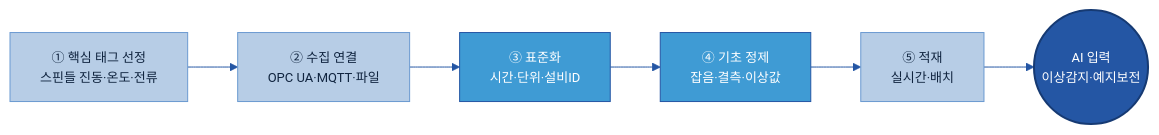
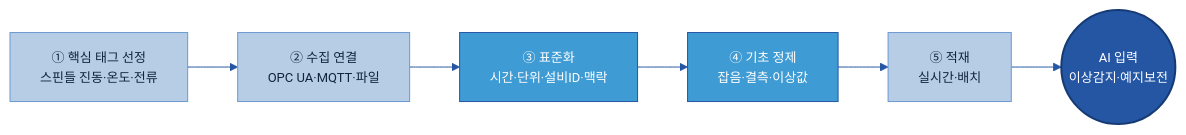
The sixth of 10 diagrams in 가이드 작성/D-1 Physical 데이터/D-1 Physical 데이터.md (jin-kearney/ai-ready-data-manual), drawn with Mermaid before and after one commit. The commit also changed other lines of this file and 2 other files, not shown here.

````diff
--- a/가이드 작성/D-1 Physical 데이터/D-1 Physical 데이터.md
+++ b/가이드 작성/D-1 Physical 데이터/D-1 Physical 데이터.md
@@ -343,14 +392,14 @@
 ```mermaid
 %%{init: {'theme':'base','themeVariables':{'primaryColor':'#DCE8F5','primaryBorderColor':'#2456A4','primaryTextColor':'#10243f','lineColor':'#2456A4','fontSize':'13px'}}}%%
 flowchart LR
     S1["① 핵심 태그 선정<br/>스핀들 진동·온도·전류"]:::n
     S2["② 수집 연결<br/>OPC UA·MQTT·파일"]:::n
-    S3["③ 표준화<br/>시간·단위·설비ID"]:::gate
+    S3["③ 표준화<br/>시간·단위·설비ID·맥락"]:::gate
     S4["④ 기초 정제<br/>잡음·결측·이상값"]:::gate
     S5["⑤ 적재<br/>실시간·배치"]:::n
     AI(("AI 입력<br/>이상감지·예지보전")):::cat
     S1 --> S2 --> S3 --> S4 --> S5 --> AI
     classDef n fill:#B7CDE6,stroke:#6B9AD1,color:#10243f;
     classDef cat fill:#2456A4,color:#fff,stroke:#163a73,stroke-width:2px;
     classDef gate fill:#3F9BD4,stroke:#2456A4,color:#fff;
 ```
````
